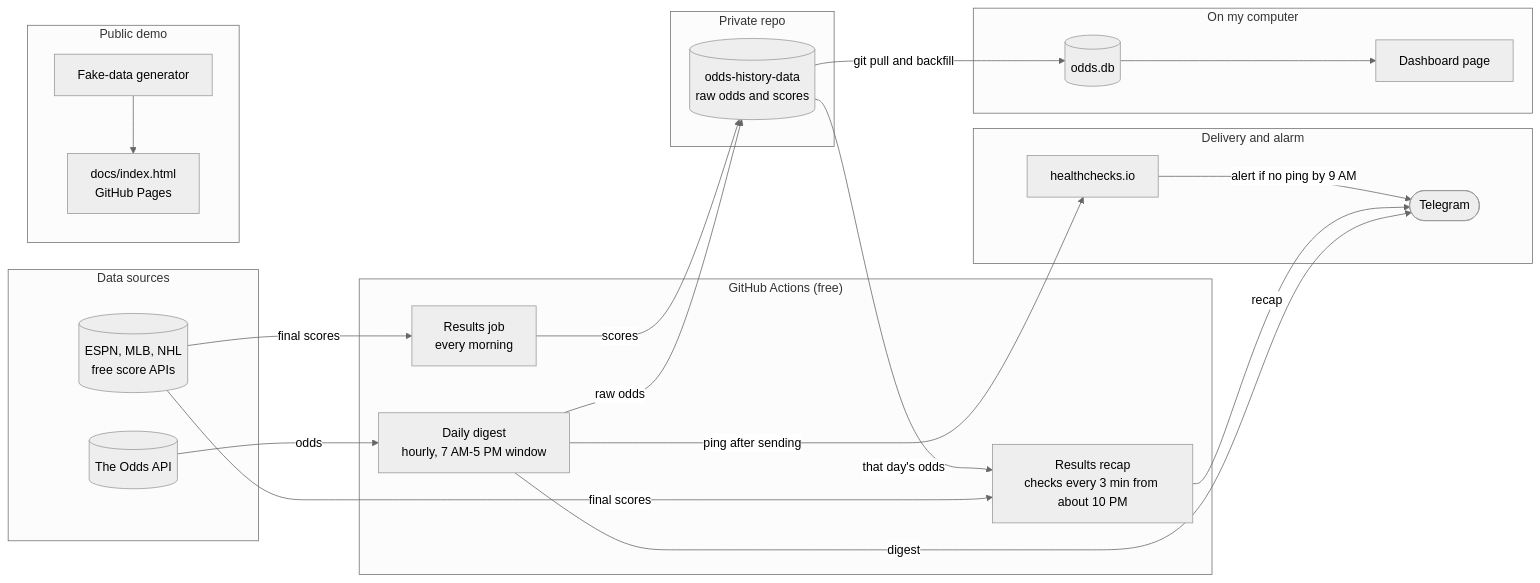
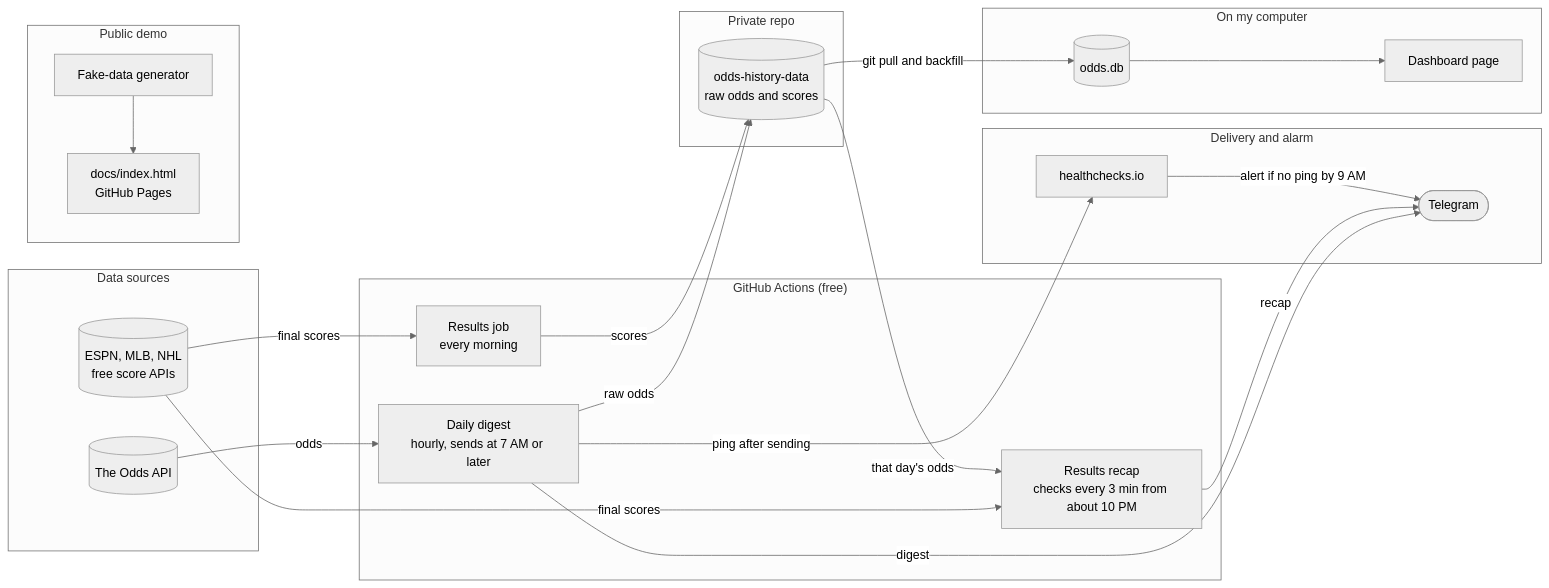
Before and after one commit to Vic-Analytics/odds-bot: the diagram in README.md, drawn with Mermaid (neutral theme). The commit also changed other lines of this file and 5 other files, not shown here.

First line of the commit message:
Digest: a run that starts before 7 AM waits for the window, so a pre-dawn run still delivers at 7:00 (#10)

````diff
--- a/README.md
+++ b/README.md
@@ -87,42 +87,42 @@
 ```mermaid
 flowchart LR
     subgraph sources["Data sources"]
         oddsapi[("The Odds API")]
         scoresapi[("ESPN, MLB, NHL<br/>free score APIs")]
     end
 
     subgraph cloud["GitHub Actions (free)"]
-        digest["Daily digest<br/>hourly, 7 AM-5 PM window"]
+        digest["Daily digest<br/>hourly, sends at 7 AM or later"]
         results["Results job<br/>every morning"]
         recap["Results recap<br/>checks every 3 min from about 10 PM"]
     end
 
     subgraph store["Private repo"]
         data[("odds-history-data<br/>raw odds and scores")]
     end
 
     subgraph out["Delivery and alarm"]
         telegram(["Telegram"])
         hc["healthchecks.io"]
     end
 
     subgraph mine["On my computer"]
         db[("odds.db")] --> dashboard["Dashboard page"]
     end
 
     subgraph demo["Public demo"]
         gen["Fake-data generator"] --> demopage["docs/index.html<br/>GitHub Pages"]
     end
 
     oddsapi -->|odds| digest
     scoresapi -->|final scores| results
     scoresapi -->|final scores| recap
     digest -->|raw odds| data
     results -->|scores| data
     data -->|that day's odds| recap
     digest -->|digest| telegram
     recap -->|recap| telegram
     digest -->|ping after sending| hc
     hc -->|alert if no ping by 9 AM| telegram
     data -->|git pull and backfill| db
 ```
````
